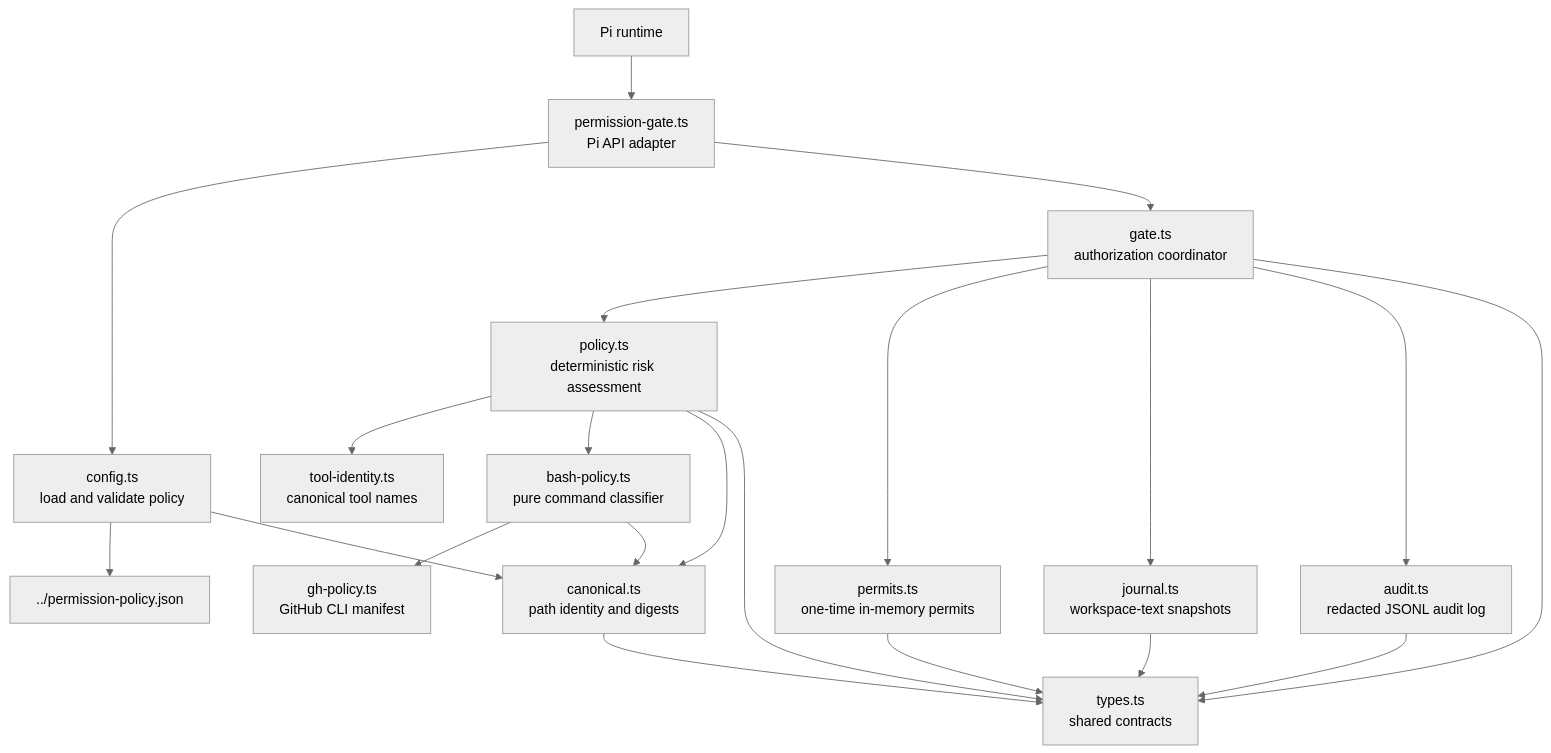
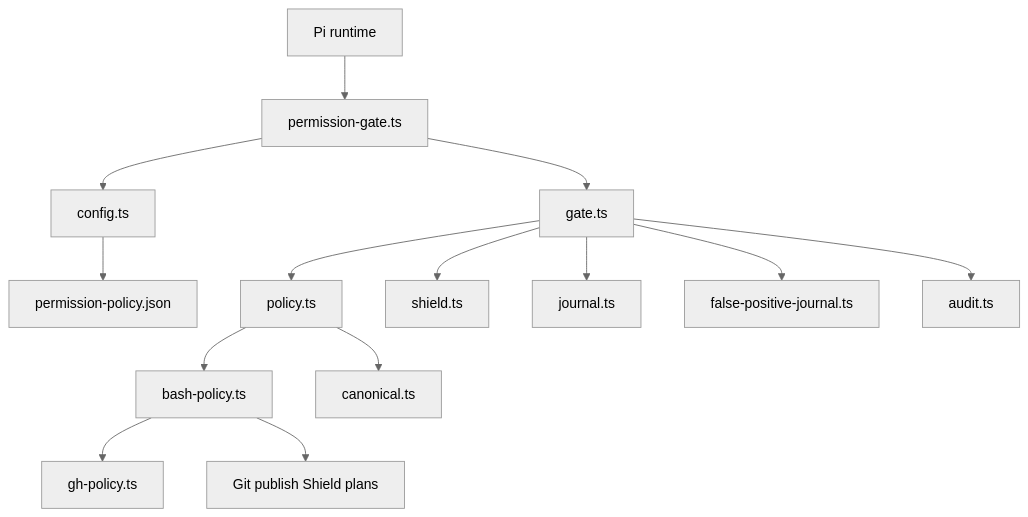
Before and after one commit to dmytro587/dotfiles: the first of 2 diagrams in .pi/agent/security/README.md, drawn with Mermaid (neutral theme). The commit also changed other lines of this file and 22 other files, not shown here.

First line of the commit message:
feat(permission-gate): add Off autonomy and Git Shield scanning

````diff
--- a/.pi/agent/security/README.md
+++ b/.pi/agent/security/README.md
@@ -15,23 +22,16 @@
 ```mermaid
 flowchart TD
-    Pi[Pi runtime] --> Extension[permission-gate.ts\nPi API adapter]
-    Extension --> Config[config.ts\nload and validate policy]
-    Config --> PolicyFile[../permission-policy.json]
-    Config --> Canonical[canonical.ts\npath identity and digests]
-    Extension --> Gate[gate.ts\nauthorization coordinator]
-    Gate --> Policy[policy.ts\ndeterministic risk assessment]
-    Policy --> Identity[tool-identity.ts\ncanonical tool names]
-    Policy --> Bash[bash-policy.ts\npure command classifier]
-    Bash --> GitHub[gh-policy.ts\nGitHub CLI manifest]
-    Policy --> Canonical
-    Bash --> Canonical
-    Gate --> Permits[permits.ts\none-time in-memory permits]
-    Gate --> Journal[journal.ts\nworkspace-text snapshots]
-    Gate --> Audit[audit.ts\nredacted JSONL audit log]
-    Gate --> Types[types.ts\nshared contracts]
-    Policy --> Types
-    Canonical --> Types
-    Journal --> Types
-    Permits --> Types
-    Audit --> Types
+    Pi[Pi runtime] --> Extension[permission-gate.ts]
+    Extension --> Config[config.ts]
+    Config --> PolicyFile[permission-policy.json]
+    Extension --> Gate[gate.ts]
+    Gate --> Policy[policy.ts]
+    Policy --> Bash[bash-policy.ts]
+    Bash --> GitHub[gh-policy.ts]
+    Bash --> ShieldPlan[Git publish Shield plans]
+    Gate --> Shield[shield.ts]
+    Gate --> Journal[journal.ts]
+    Gate --> HighAudit[false-positive-journal.ts]
+    Gate --> Audit[audit.ts]
+    Policy --> Canonical[canonical.ts]
 ```
````
